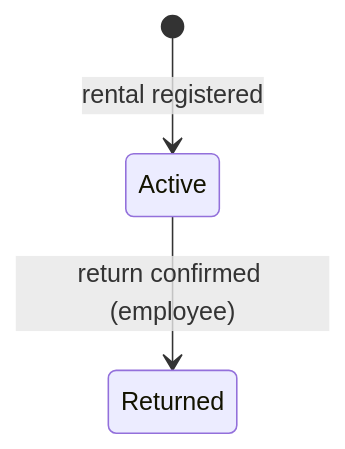
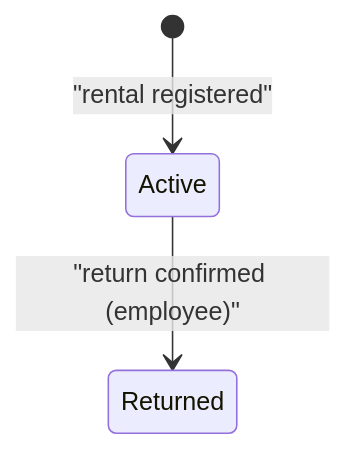
One commit to scaledVideoClub/vc-stage2-vb6 changed the second of 3 diagrams in specs/domain.md. Above: the diagram before and after it, drawn with Mermaid. The commit also changed other lines of this file, not shown here.

First line of the commit message:
@fix(specs): quote mermaid transition labels to fix rendering on GitHub

````diff
--- a/specs/domain.md
+++ b/specs/domain.md
@@ -174,5 +174,5 @@
 ```mermaid
 stateDiagram-v2
-    [*] --> Active : rental registered
-    Active --> Returned : return confirmed (employee)
+    [*] --> Active : "rental registered"
+    Active --> Returned : "return confirmed (employee)"
 ```
````
